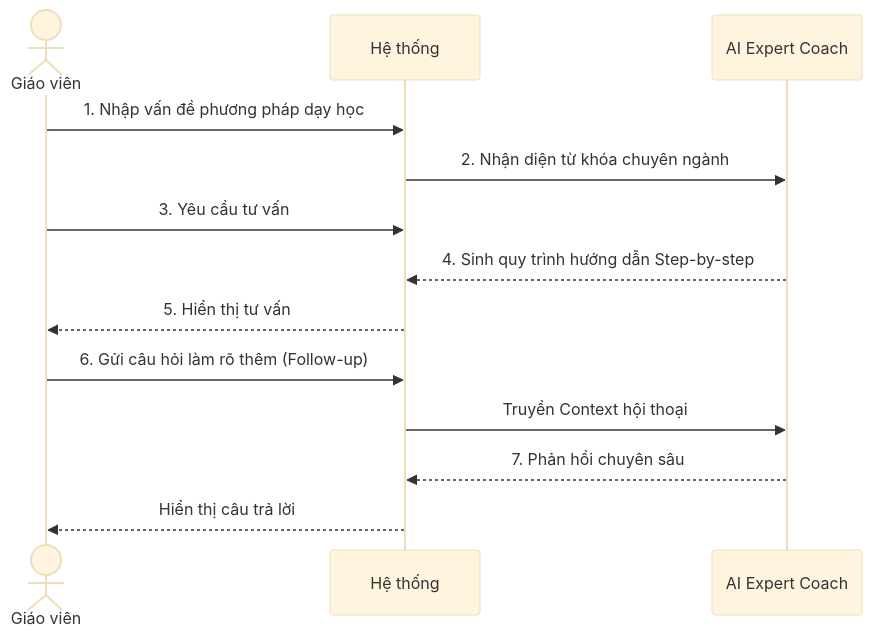
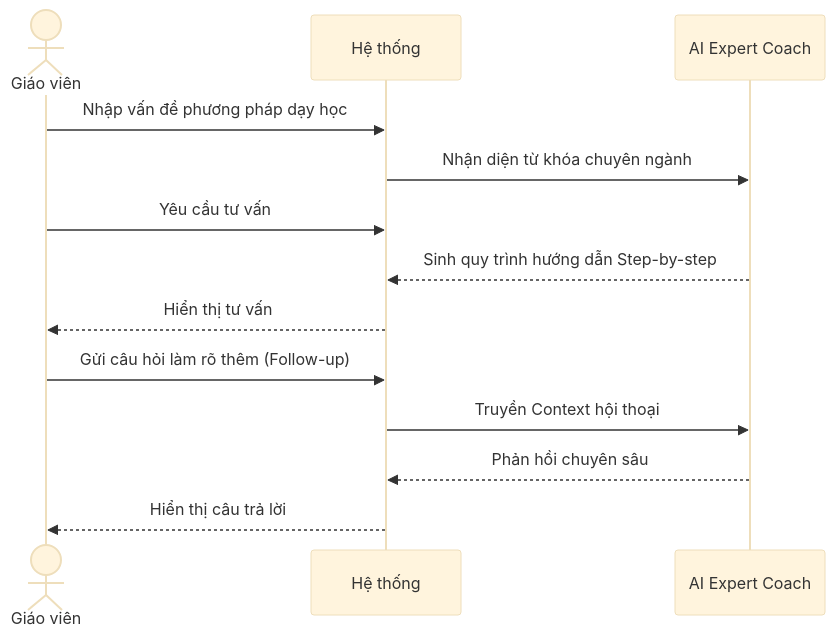
Before and after one commit to Cong-ty-TNNH-Q-Tech/Q-School: the second of 3 diagrams in docs/nhom_4_ai_assistant.md, drawn with Mermaid (base theme). The commit also changed other lines of this file and 5 other files, not shown here.

Commit message:
docs: refine sequence diagrams logical flow and remove step numbers

````diff
--- a/docs/nhom_4_ai_assistant.md
+++ b/docs/nhom_4_ai_assistant.md
@@ -54,16 +54,16 @@
 ```mermaid
 sequenceDiagram
     actor GV as Giáo viên
     participant HT as Hệ thống
     participant AI as AI Expert Coach
 
-    GV->>HT: 1. Nhập vấn đề phương pháp dạy học
-    HT->>AI: 2. Nhận diện từ khóa chuyên ngành
-    GV->>HT: 3. Yêu cầu tư vấn
-    AI-->>HT: 4. Sinh quy trình hướng dẫn Step-by-step
-    HT-->>GV: 5. Hiển thị tư vấn
-    GV->>HT: 6. Gửi câu hỏi làm rõ thêm (Follow-up)
+    GV->>HT: Nhập vấn đề phương pháp dạy học
+    HT->>AI: Nhận diện từ khóa chuyên ngành
+    GV->>HT: Yêu cầu tư vấn
+    AI-->>HT: Sinh quy trình hướng dẫn Step-by-step
+    HT-->>GV: Hiển thị tư vấn
+    GV->>HT: Gửi câu hỏi làm rõ thêm (Follow-up)
     HT->>AI: Truyền Context hội thoại
-    AI-->>HT: 7. Phản hồi chuyên sâu
+    AI-->>HT: Phản hồi chuyên sâu
     HT-->>GV: Hiển thị câu trả lời
 ```
````
